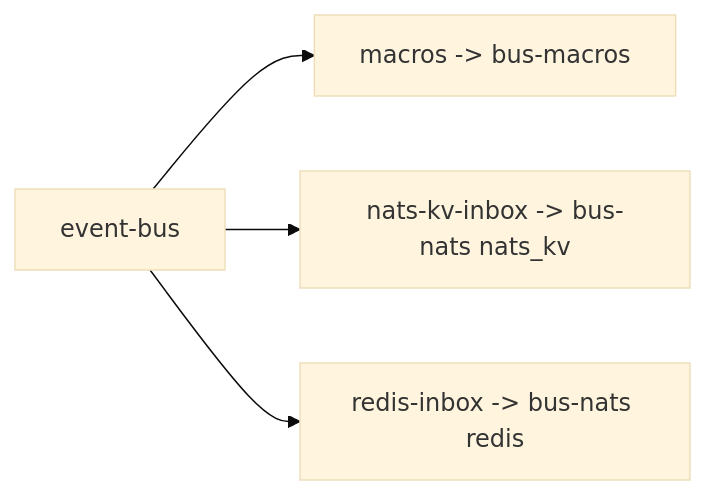
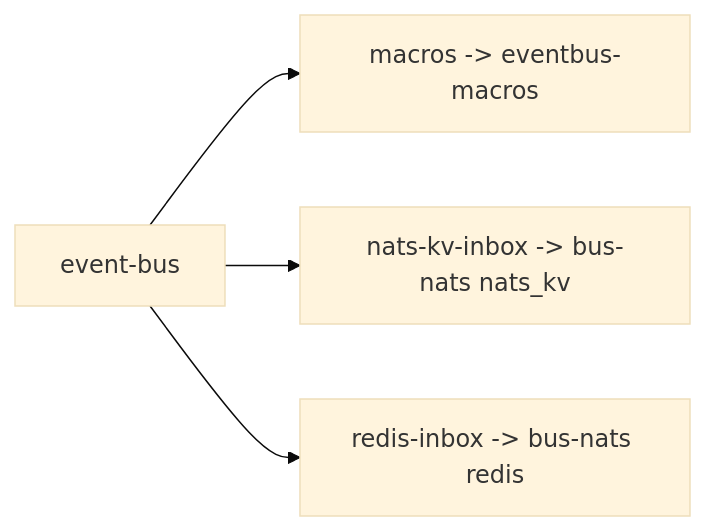
The second of 3 diagrams in docs/diagrams/system-diagrams.md (scriptkid23/eventbus-rs), drawn with Mermaid (base theme) before and after one commit. The commit also changed other lines of this file and 22 other files, not shown here.

First line of the commit message:
refactor: rename `bus-macros` to `eventbus-macros` across the workspace

````diff
--- a/docs/diagrams/system-diagrams.md
+++ b/docs/diagrams/system-diagrams.md
@@ -23,11 +23,11 @@
 ```mermaid
 flowchart LR
     eventBus[event-bus]
-    macros["macros -> bus-macros"]
+    macros["macros -> eventbus-macros"]
     natsKv["nats-kv-inbox -> bus-nats nats_kv"]
     redisInbox["redis-inbox -> bus-nats redis"]
 
     eventBus --> macros
     eventBus --> natsKv
     eventBus --> redisInbox
 ```
````
